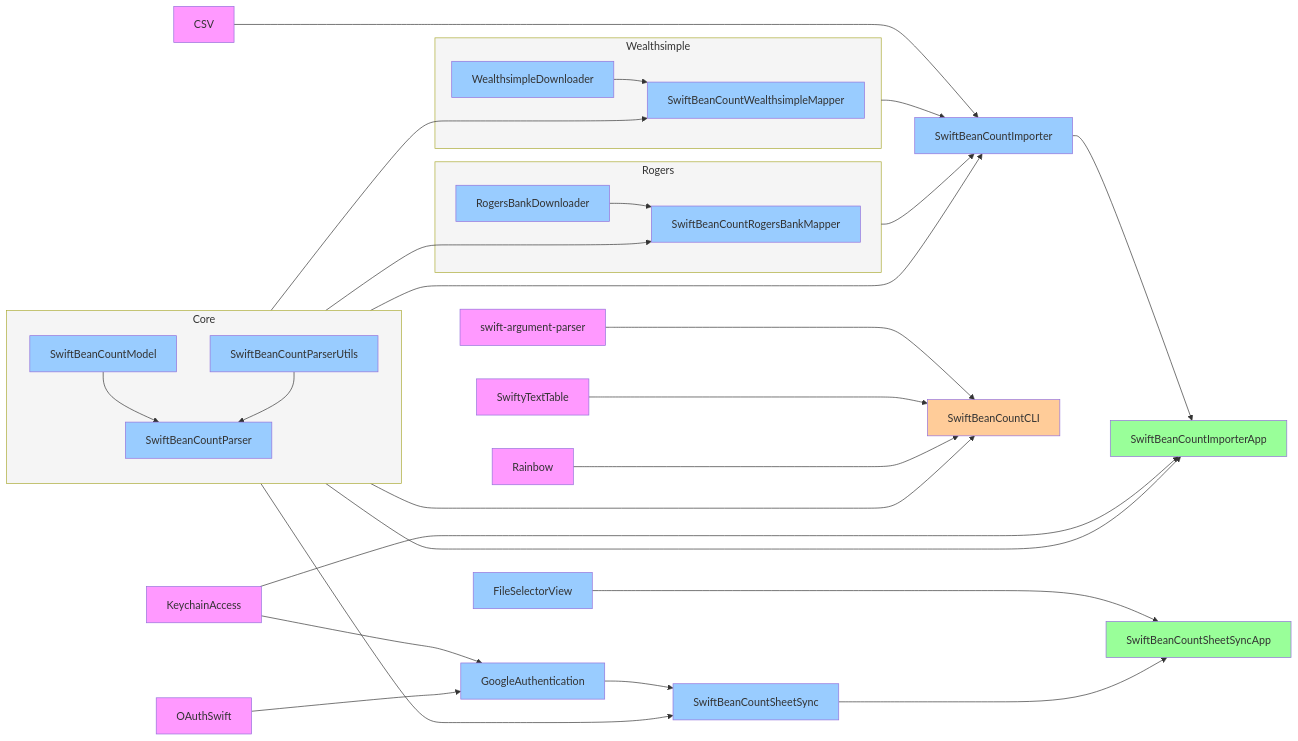
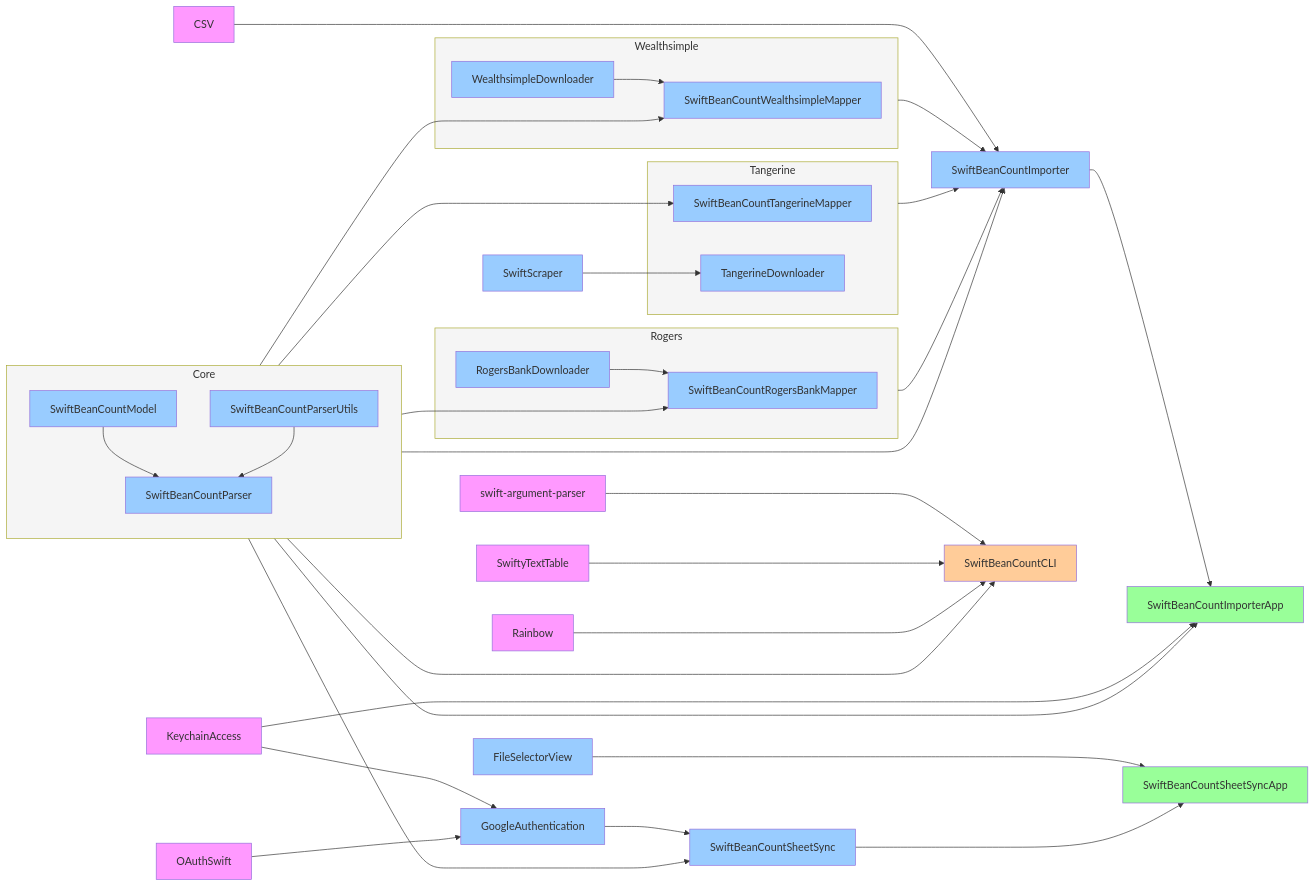
The first of 2 diagrams in README.md (Nef10/SwiftBeanCount), drawn with Mermaid before and after one commit. The commit also changed other lines of this file, not shown here.

Commit message:
Update for Tangerine Download Importer

````diff
--- a/README.md
+++ b/README.md
@@ -59,68 +61,78 @@
 ```mermaid
 flowchart LR
   subgraph Core
     SwiftBeanCountModel
     SwiftBeanCountParser
     SwiftBeanCountParserUtils
     SwiftBeanCountModel --> SwiftBeanCountParser
     SwiftBeanCountParserUtils --> SwiftBeanCountParser
   end
   subgraph Wealthsimple
     SwiftBeanCountWealthsimpleMapper
     WealthsimpleDownloader
+    WealthsimpleDownloader --> SwiftBeanCountWealthsimpleMapper
   end
   subgraph Rogers
     SwiftBeanCountRogersBankMapper
     RogersBankDownloader
+    RogersBankDownloader --> SwiftBeanCountRogersBankMapper
   end
+  subgraph Tangerine
+    SwiftBeanCountTangerineMapper
+    TangerineDownloader
+  end
+  SwiftScraper --> TangerineDownloader
   Wealthsimple --> SwiftBeanCountImporter
+  Tangerine --> SwiftBeanCountImporter
   Rogers --> SwiftBeanCountImporter
-  RogersBankDownloader --> SwiftBeanCountRogersBankMapper
   Core ---> SwiftBeanCountRogersBankMapper
   Core --> SwiftBeanCountImporter
   Core ---> SwiftBeanCountWealthsimpleMapper
+  Core ---> SwiftBeanCountTangerineMapper
   Core --> SwiftBeanCountImporterApp
   Core --> SwiftBeanCountSheetSync
   SwiftBeanCountImporter --> SwiftBeanCountImporterApp
-  WealthsimpleDownloader --> SwiftBeanCountWealthsimpleMapper
   KeychainAccess --> SwiftBeanCountImporterApp
   KeychainAccess --> GoogleAuthentication
   FileSelectorView ----> SwiftBeanCountSheetSyncApp
   GoogleAuthentication --> SwiftBeanCountSheetSync
   OAuthSwift --> GoogleAuthentication
   SwiftBeanCountSheetSync ---> SwiftBeanCountSheetSyncApp
   CSV ----> SwiftBeanCountImporter
   Core ----> SwiftBeanCountCLI
   swift-argument-parser ---> SwiftBeanCountCLI
   SwiftyTextTable ---> SwiftBeanCountCLI
   Rainbow ---> SwiftBeanCountCLI
   click SwiftBeanCountModel "https://github.com/Nef10/SwiftBeanCountModel"
   click SwiftBeanCountParser "https://github.com/Nef10/SwiftBeanCountParser"
   click SwiftBeanCountParserUtils "https://github.com/Nef10/SwiftBeanCountParserUtils"
   click SwiftBeanCountWealthsimpleMapper "https://github.com/Nef10/SwiftBeanCountWealthsimpleMapper"
   click WealthsimpleDownloader "https://github.com/Nef10/WealthsimpleDownloader"
   click SwiftBeanCountRogersBankMapper "https://github.com/Nef10/SwiftBeanCountRogersBankMapper"
   click RogersBankDownloader "https://github.com/Nef10/RogersBankDownloader"
+  click SwiftBeanCountTangerineMapper "https://github.com/Nef10/SwiftBeanCountTangerineMapper"
+  click TangerineDownloader "https://github.com/Nef10/TangerineDownloader"
   click SwiftBeanCountImporter "https://github.com/Nef10/SwiftBeanCountImporter"
   click SwiftBeanCountImporterApp "https://github.com/Nef10/SwiftBeanCountImporterApp"
   click FileSelectorView "https://github.com/Nef10/FileSelectorView"
   click SwiftBeanCountSheetSyncApp "https://github.com/Nef10/SwiftBeanCountSheetSyncApp"
   click SwiftBeanCountSheetSync "https://github.com/Nef10/SwiftBeanCountSheetSync"
   click SwiftBeanCountCLI "https://github.com/Nef10/SwiftBeanCountCLI"
   click GoogleAuthentication "https://github.com/Nef10/GoogleAuthentication"
+  click SwiftScraper "https://github.com/Nef10/SwiftScraper"
   click swift-argument-parser "https://github.com/apple/swift-argument-parser"
   click SwiftyTextTable "https://github.com/scottrhoyt/SwiftyTextTable"
   click Rainbow "https://github.com/onevcat/Rainbow"
   click OAuthSwift "https://github.com/OAuthSwift/OAuthSwift"
   click KeychainAccess "https://github.com/kishikawakatsumi/KeychainAccess"
   click CSV "https://github.com/yaslab/CSV.swift"
   classDef default fill:#99CCFF;
   classDef box fill:#F5F5F5;
   classDef app fill:#99FF99;
   classDef external fill:#FF99FF;
   classDef cli fill:#FFCC99;
-  class Core,Rogers,Wealthsimple box;
+  class Core,Rogers,Wealthsimple,Tangerine box;
   class SwiftBeanCountImporterApp,SwiftBeanCountSheetSyncApp,App app;
   class CSV,OAuthSwift,KeychainAccess,External,swift-argument-parser,SwiftyTextTable,Rainbow external;
   class SwiftBeanCountCLI cli;
 ```
````
